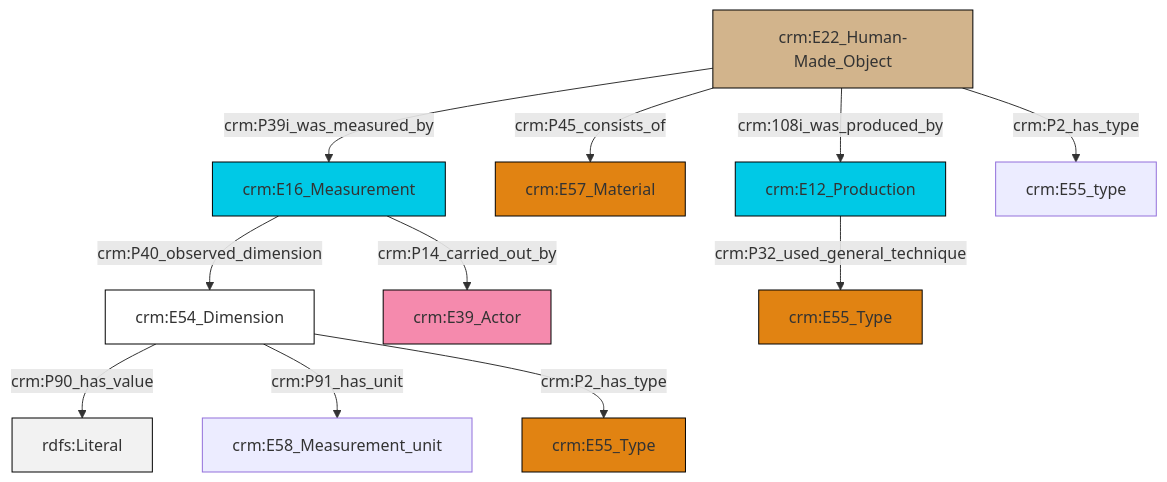
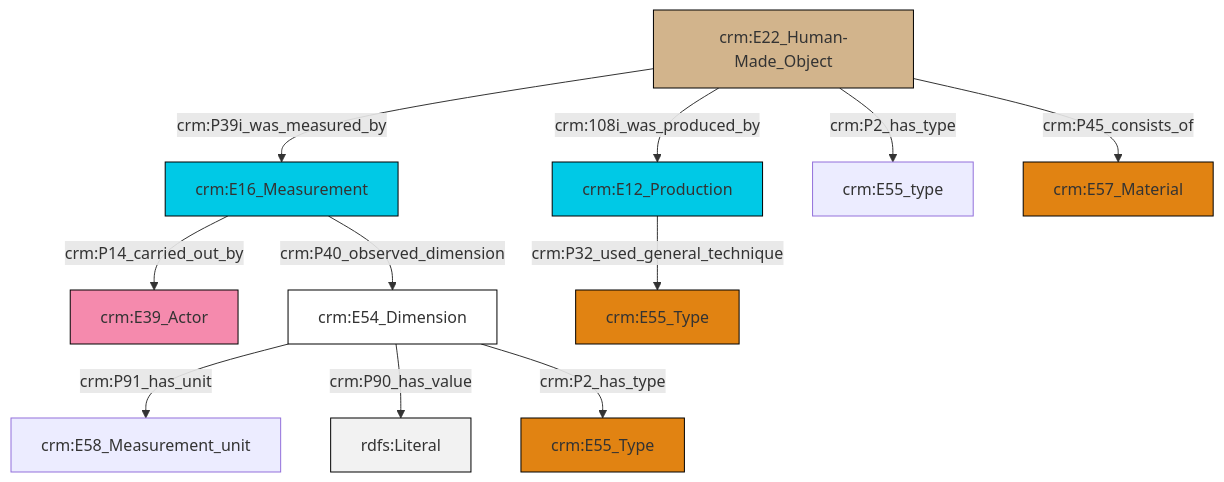
Before and after one commit to swiss-art-research-net/docs.swissartresearch: the diagram in et/artworkCSV/ttl/mmd/Artwork_substance.ttl.mmd, drawn with Mermaid. The commit also changed 177 other files, not shown here.

```diff
--- a/et/artworkCSV/ttl/mmd/Artwork_substance.ttl.mmd
+++ b/et/artworkCSV/ttl/mmd/Artwork_substance.ttl.mmd
@@ -1,25 +1,25 @@
 graph TD
 classDef Literal fill:#f2f2f2,stroke:#000000;
 classDef CRM_Entity fill:#FFFFFF,stroke:#000000;
 classDef Temporal_Entity fill:#00C9E6, stroke:#000000;
 classDef Type fill:#E18312, stroke:#000000;
 classDef Time-Span fill:#2C9C91, stroke:#000000;
 classDef Appellation fill:#FFEB7F, stroke:#000000;
 classDef Place fill:#008836, stroke:#000000;
 classDef Persistent_Item fill:#B266B2, stroke:#000000;
 classDef Conceptual_Object fill:#FFD700, stroke:#000000;
 classDef Physical_Thing fill:#D2B48C, stroke:#000000;
 classDef Actor fill:#f58aad, stroke:#000000;
 classDef PC_Classes fill:#4ce600, stroke:#000000;
 classDef Multi fill:#cccccc,stroke:#000000;
 
-0["crm:E54_Dimension"]:::CRM_Entity -->|crm:P90_has_value| 1[rdfs:Literal]:::Literal
 2["crm:E16_Measurement"]:::Temporal_Entity -->|crm:P14_carried_out_by| 3["crm:E39_Actor"]:::Actor
-2["crm:E16_Measurement"]:::Temporal_Entity -->|crm:P40_observed_dimension| 0["crm:E54_Dimension"]:::CRM_Entity
-0["crm:E54_Dimension"]:::CRM_Entity -->|crm:P91_has_unit| 6["crm:E58_Measurement_unit"]:::Default
-7["crm:E22_Human-Made_Object"]:::Physical_Thing -->|crm:P39i_was_measured_by| 2["crm:E16_Measurement"]:::Temporal_Entity
-7["crm:E22_Human-Made_Object"]:::Physical_Thing -->|crm:108i_was_produced_by| 8["crm:E12_Production"]:::Temporal_Entity
-8["crm:E12_Production"]:::Temporal_Entity -->|crm:P32_used_general_technique| 15["crm:E55_Type"]:::Type
-7["crm:E22_Human-Made_Object"]:::Physical_Thing -->|crm:P2_has_type| 12["crm:E55_type"]:::Default
-7["crm:E22_Human-Made_Object"]:::Physical_Thing -->|crm:P45_consists_of| 4["crm:E57_Material"]:::Type
-0["crm:E54_Dimension"]:::CRM_Entity -->|crm:P2_has_type| 10["crm:E55_Type"]:::Type
+4["crm:E22_Human-Made_Object"]:::Physical_Thing -->|crm:P2_has_type| 5["crm:E55_type"]:::Default
+6["crm:E54_Dimension"]:::CRM_Entity -->|crm:P91_has_unit| 7["crm:E58_Measurement_unit"]:::Default
+4["crm:E22_Human-Made_Object"]:::Physical_Thing -->|crm:P45_consists_of| 11["crm:E57_Material"]:::Type
+4["crm:E22_Human-Made_Object"]:::Physical_Thing -->|crm:P39i_was_measured_by| 2["crm:E16_Measurement"]:::Temporal_Entity
+6["crm:E54_Dimension"]:::CRM_Entity -->|crm:P90_has_value| 16[rdfs:Literal]:::Literal
+0["crm:E12_Production"]:::Temporal_Entity -->|crm:P32_used_general_technique| 9["crm:E55_Type"]:::Type
+6["crm:E54_Dimension"]:::CRM_Entity -->|crm:P2_has_type| 18["crm:E55_Type"]:::Type
+4["crm:E22_Human-Made_Object"]:::Physical_Thing -->|crm:108i_was_produced_by| 0["crm:E12_Production"]:::Temporal_Entity
+2["crm:E16_Measurement"]:::Temporal_Entity -->|crm:P40_observed_dimension| 6["crm:E54_Dimension"]:::CRM_Entity
```
